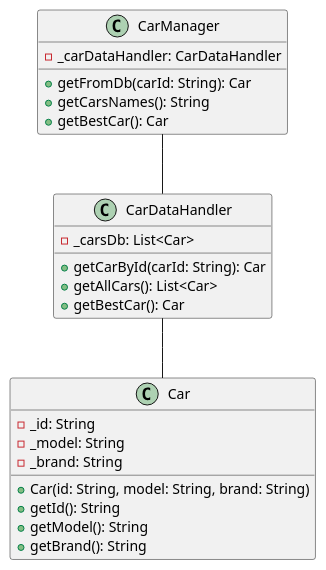
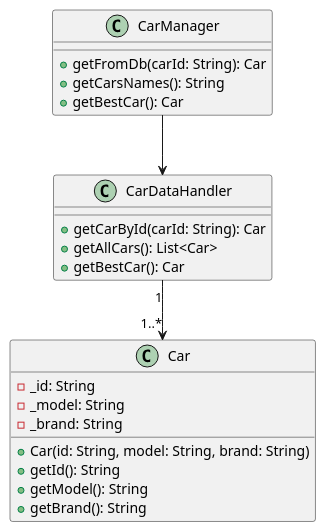
Before and after one commit to EyaRidene/TP_SOLID: the diagram in SRP/src/com/directi/training/srp/exercise_refactored/UML/srp.plantuml, drawn with PlantUML. The commit also changed 8 other files, not shown here.

```diff
--- a/SRP/src/com/directi/training/srp/exercise_refactored/UML/srp.plantuml
+++ b/SRP/src/com/directi/training/srp/exercise_refactored/UML/srp.plantuml
@@ -1,28 +1,26 @@
 @startuml
 class Car {
     -_id: String
     -_model: String
     -_brand: String
     +Car(id: String, model: String, brand: String)
     +getId(): String
     +getModel(): String
     +getBrand(): String
 }
 
 class CarDataHandler {
-    -_carsDb: List<Car>
     +getCarById(carId: String): Car
     +getAllCars(): List<Car>
     +getBestCar(): Car
 }
 
 class CarManager {
-    -_carDataHandler: CarDataHandler
     +getFromDb(carId: String): Car
     +getCarsNames(): String
     +getBestCar(): Car
 }
 
-CarDataHandler -- Car
-CarManager -- CarDataHandler
+CarDataHandler "1" --> "1..*"  Car
+CarManager  -->  CarDataHandler
 @enduml
```
